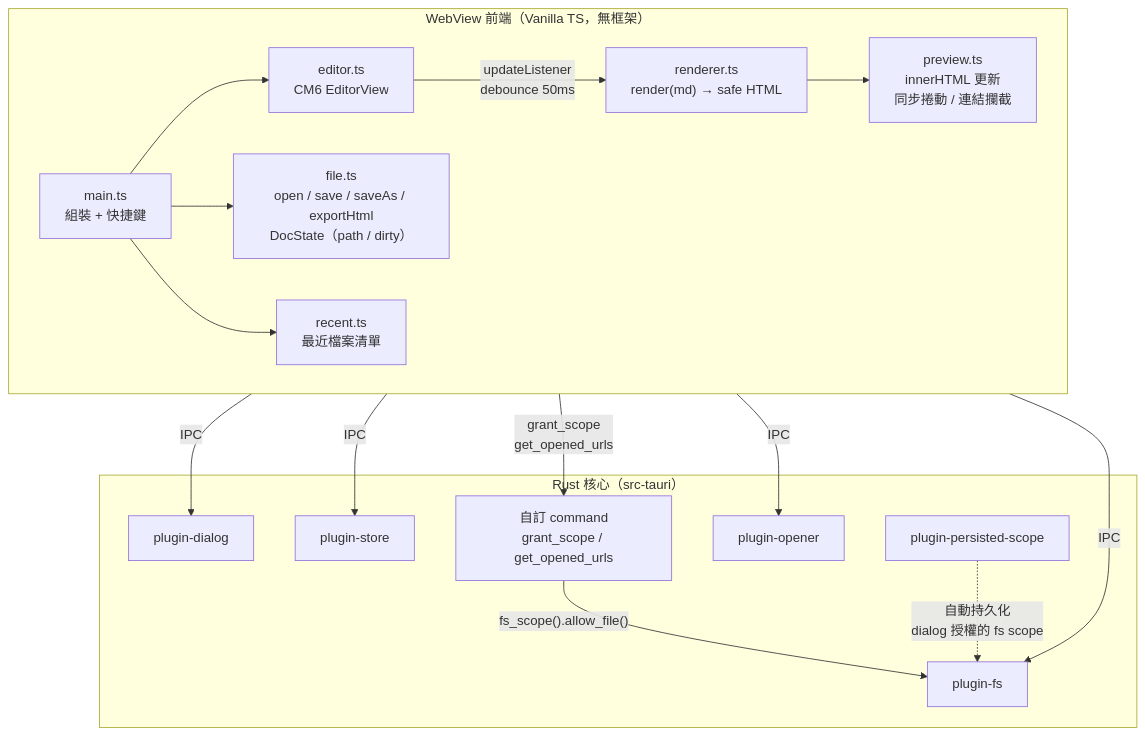
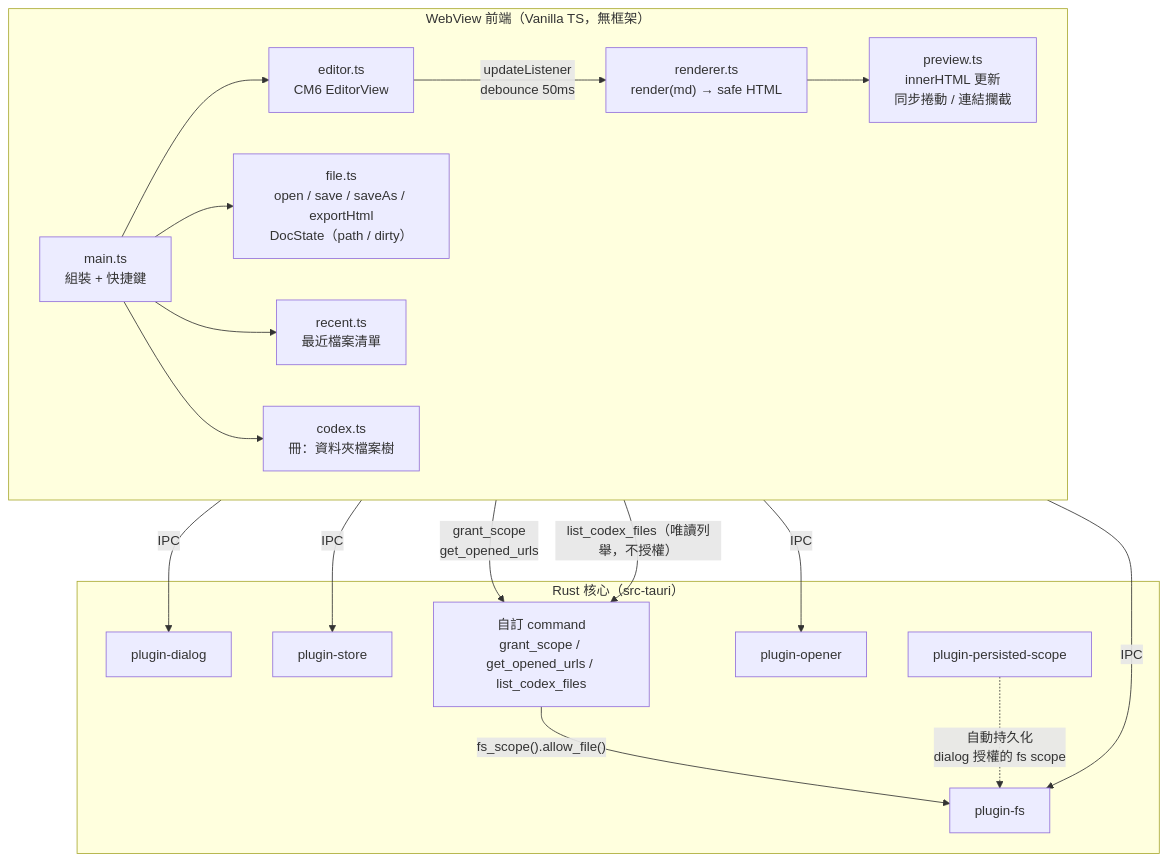
One commit to tznthou/plume changed the diagram in docs/SPEC.md. Above: the diagram before and after it, drawn with Mermaid. The commit also changed other lines of this file and 14 other files, not shown here.

````diff
--- a/docs/SPEC.md
+++ b/docs/SPEC.md
@@ -5,28 +5,30 @@
 ```mermaid
 flowchart TB
     subgraph WebView["WebView 前端（Vanilla TS，無框架）"]
         direction LR
         main["main.ts<br/>組裝 + 快捷鍵"]
         editor["editor.ts<br/>CM6 EditorView"]
         renderer["renderer.ts<br/>render(md) → safe HTML"]
         preview["preview.ts<br/>innerHTML 更新<br/>同步捲動 / 連結攔截"]
         file["file.ts<br/>open / save / saveAs / exportHtml<br/>DocState（path / dirty）"]
         recent["recent.ts<br/>最近檔案清單"]
+        codex["codex.ts<br/>冊：資料夾檔案樹"]
     end
     subgraph RustCore["Rust 核心（src-tauri）"]
         dialog["plugin-dialog"]
         fs["plugin-fs"]
         store["plugin-store"]
         pscope["plugin-persisted-scope"]
         opener["plugin-opener"]
-        cmd["自訂 command<br/>grant_scope / get_opened_urls"]
+        cmd["自訂 command<br/>grant_scope / get_opened_urls / list_codex_files"]
     end
     editor -- "updateListener<br/>debounce 50ms" --> renderer --> preview
-    main --> editor & file & recent
+    main --> editor & file & recent & codex
     file -- IPC --> dialog & fs
     main -- "grant_scope<br/>get_opened_urls" --> cmd
+    codex -- "list_codex_files（唯讀列舉，不授權）" --> cmd
     cmd -- "fs_scope().allow_file()" --> fs
     recent -- IPC --> store
     preview -- IPC --> opener
     pscope -. "自動持久化<br/>dialog 授權的 fs scope" .-> fs
 ```
````
